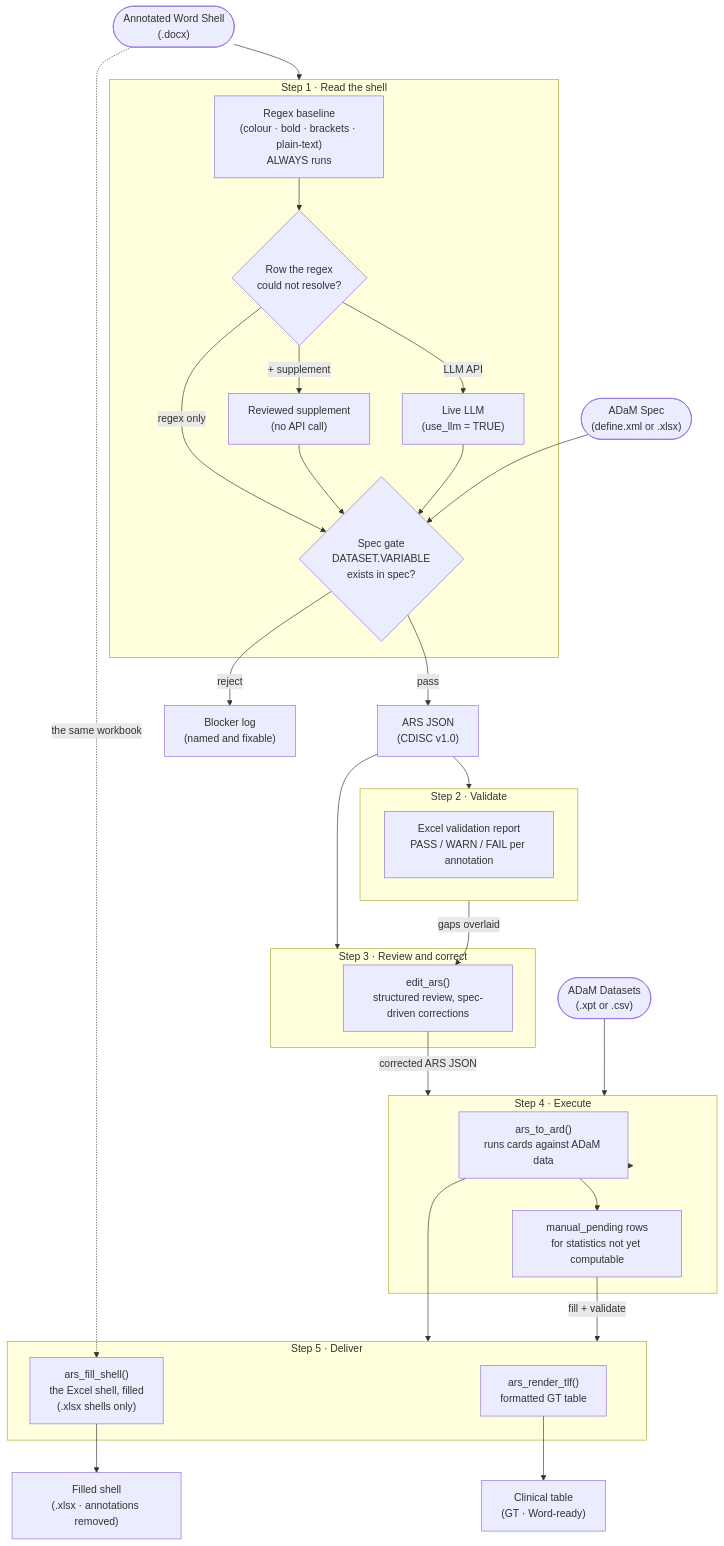
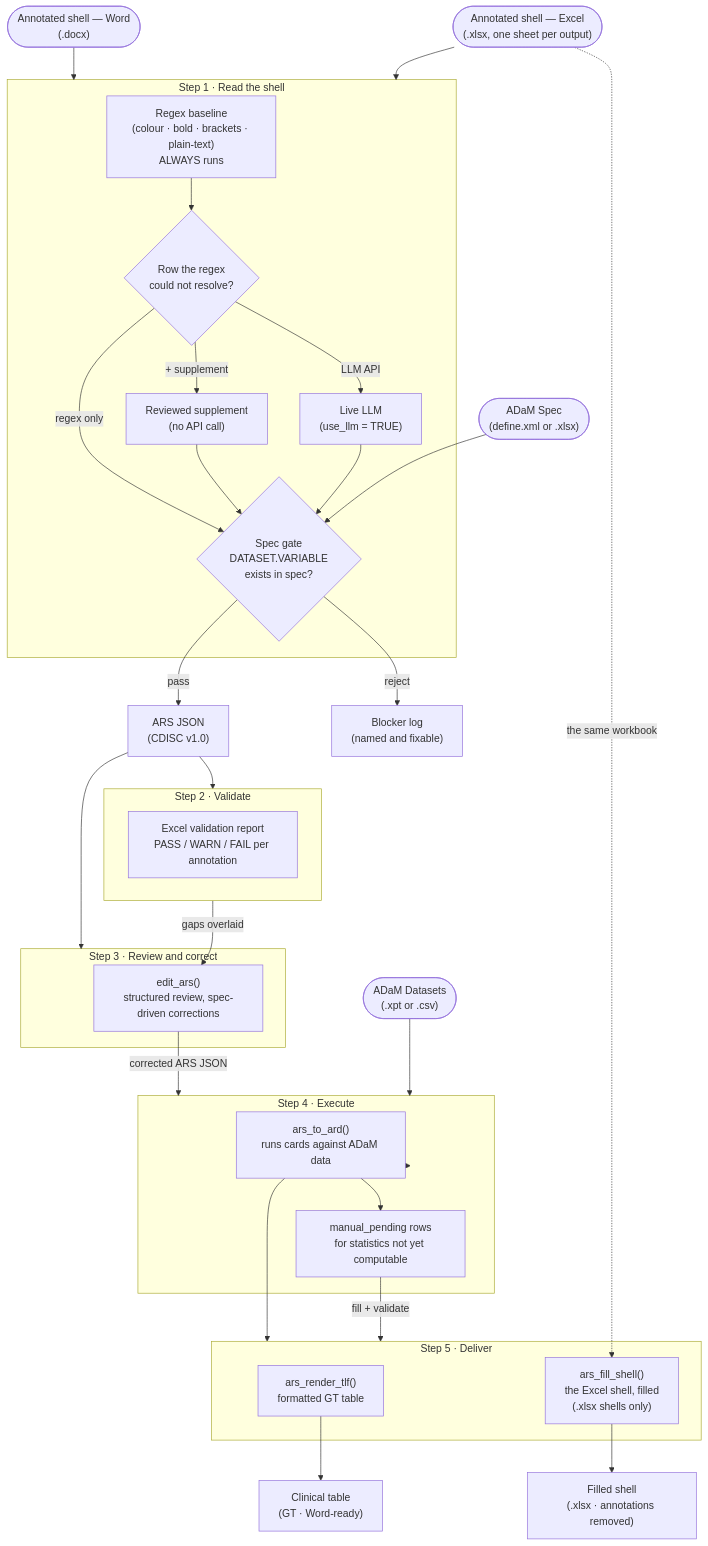
The first of 2 diagrams in README.Rmd (tavakohr/arsbridge), drawn with Mermaid before and after one commit. The commit also changed other lines of this file and 1 other file, not shown here.

Commit message:
docs: the pipeline diagram said Word-only, and contradicted itself
The input node still read "Annotated Word Shell (.docx)" from before
dual-format landed. Worse than stale: PR7 added a dashed edge from that node
to ars_fill_shell(), so the diagram showed a WORD shell feeding the writer
that only accepts Excel.

Two input nodes now, which makes both facts visible at a glance -- either
format is read, and only the Excel one comes back filled.

The annotation reference said "marks up the Word shell" too.

````diff
--- a/README.Rmd
+++ b/README.Rmd
@@ -53,53 +53,55 @@
 ```mermaid
 flowchart TD
-    SHELL(["Annotated Word Shell\n(.docx)"])
+    SHELL_D(["Annotated shell — Word\n(.docx)"])
+    SHELL_X(["Annotated shell — Excel\n(.xlsx, one sheet per output)"])
     SPEC(["ADaM Spec\n(define.xml or .xlsx)"])
     ADAM(["ADaM Datasets\n(.xpt or .csv)"])
 
     subgraph STEP1 ["Step 1 · Read the shell"]
         R["Regex baseline\n(colour · bold · brackets · plain-text)\nALWAYS runs"]
         F{"Row the regex\ncould not resolve?"}
         C["Reviewed supplement\n(no API call)"]
         L["Live LLM\n(use_llm = TRUE)"]
         G{"Spec gate\nDATASET.VARIABLE\nexists in spec?"}
         R --> F
         F -->|"regex only"| G
         F -->|"+ supplement"| C --> G
         F -->|"LLM API"| L --> G
     end
 
     subgraph STEP2 ["Step 2 · Validate"]
         V["Excel validation report\nPASS / WARN / FAIL per annotation"]
     end
 
     subgraph STEP3 ["Step 3 · Review and correct"]
         RV["edit_ars()\nstructured review, spec-driven corrections"]
     end
 
     subgraph STEP4 ["Step 4 · Execute"]
         E["ars_to_ard()\nruns cards against ADaM data"]
         MP["manual_pending rows\nfor statistics not yet computable"]
     end
 
     subgraph STEP5 ["Step 5 · Deliver"]
         T["ars_render_tlf()\nformatted GT table"]
         FS["ars_fill_shell()\nthe Excel shell, filled\n(.xlsx shells only)"]
     end
 
-    SHELL --> STEP1
+    SHELL_D --> STEP1
+    SHELL_X --> STEP1
     SPEC --> G
     G -->|"pass"| ARS["ARS JSON\n(CDISC v1.0)"]
     G -->|"reject"| BLK["Blocker log\n(named and fixable)"]
     ARS --> STEP2
     ARS --> STEP3
     STEP2 -->|"gaps overlaid"| RV
     RV -->|"corrected ARS JSON"| STEP4
     ADAM --> STEP4
     STEP4 --> E
     E --> MP
     E --> STEP5
     MP -->|"fill + validate"| STEP5
     T --> TLF["Clinical table\n(GT · Word-ready)"]
-    SHELL -.->|"the same workbook"| FS
+    SHELL_X -.->|"the same workbook"| FS
     FS --> XL["Filled shell\n(.xlsx · annotations removed)"]
 ```
````
